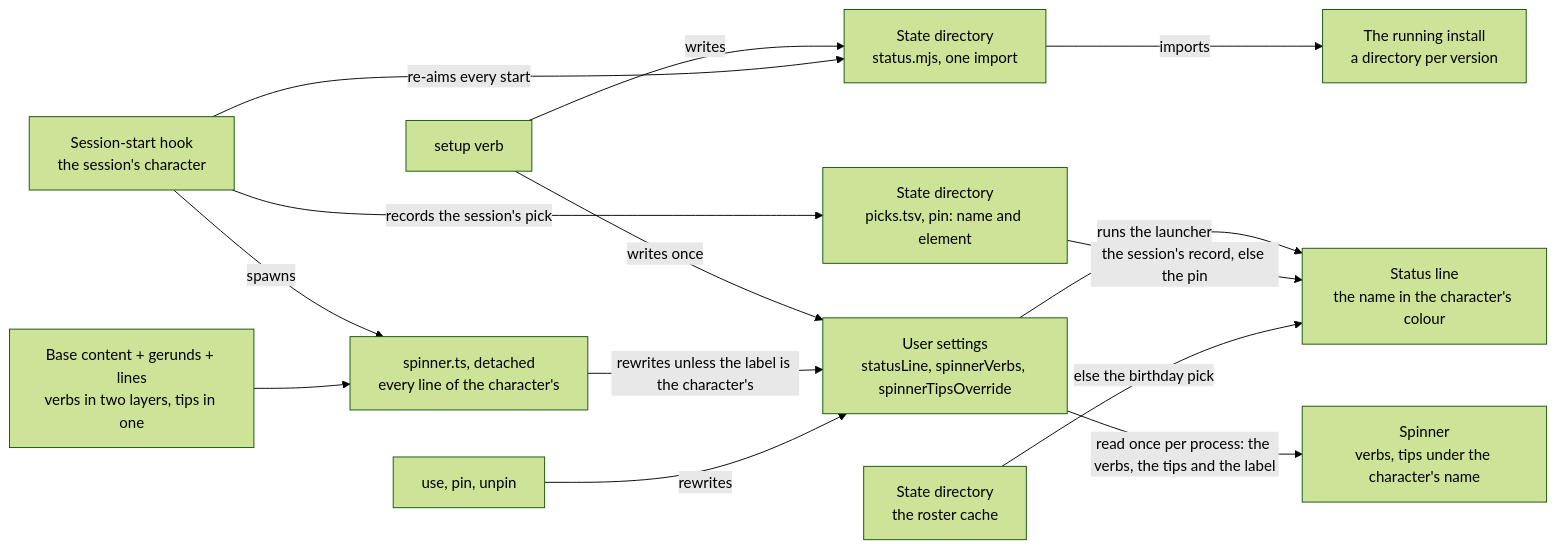
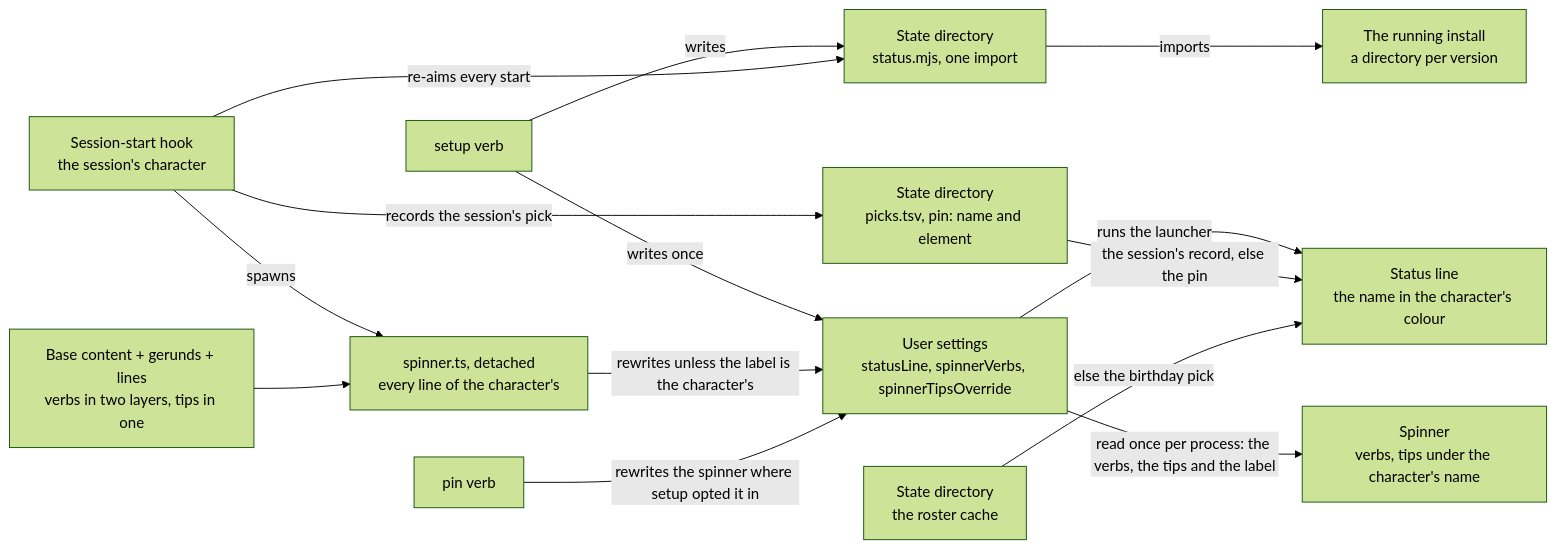
The sixth of 6 diagrams in apps/web/content/docs/infra/claude-interface/persona-plugin.md (Esposter/Esposter), drawn with Mermaid (forest theme) before and after one commit. The commit also changed other lines of this file, not shown here.

First line of the commit message:
docs(infra): the persona page answers a character fact plainly, and only pin rewrites the settings

````diff
--- a/apps/web/content/docs/infra/claude-interface/persona-plugin.md
+++ b/apps/web/content/docs/infra/claude-interface/persona-plugin.md
@@ -263,28 +263,28 @@
 ```mermaid
 flowchart LR
     Setup["setup verb"]
     Hook["Session-start hook<br/>the session's character"]
     Content["Base content + gerunds + lines<br/>verbs in two layers, tips in one"]
     Script["spinner.ts, detached<br/>every line of the character's"]
     Settings["User settings<br/>statusLine, spinnerVerbs, spinnerTipsOverride"]
     Launcher["State directory<br/>status.mjs, one import"]
     Install["The running install<br/>a directory per version"]
     Records["State directory<br/>picks.tsv, pin: name and element"]
     Spinner["Spinner<br/>verbs, tips under the character's name"]
     Line["Status line<br/>the name in the character's colour"]
 
     Setup -->|writes once| Settings
     Setup -->|writes| Launcher
     Hook -->|re-aims every start| Launcher
     Hook -->|spawns| Script
     Content --> Script
     Script -->|rewrites unless the label is the character's| Settings
-    Verb["use, pin, unpin"] -->|rewrites| Settings
+    Verb["pin verb"] -->|rewrites the spinner where setup opted it in| Settings
     Launcher -->|imports| Install
     Settings -->|runs the launcher| Line
     Hook -->|records the session's pick| Records
     Cache["State directory<br/>the roster cache"]
     Records -->|the session's record, else the pin| Line
     Cache -->|else the birthday pick| Line
     Settings -->|read once per process: the verbs, the tips and the label| Spinner
 ```
````
